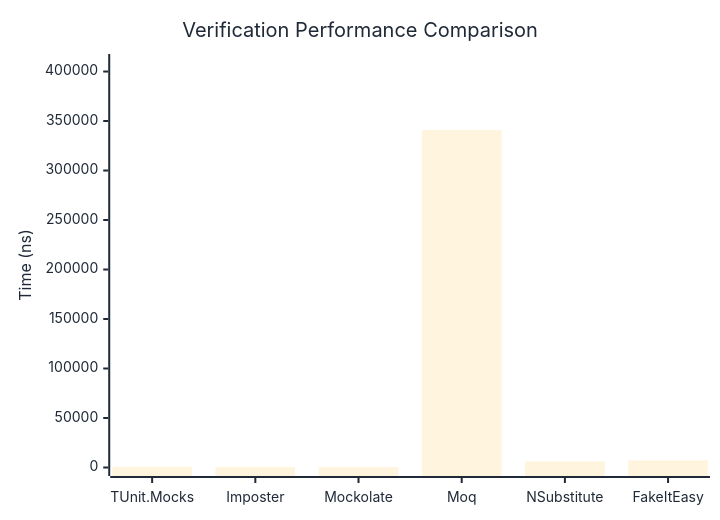
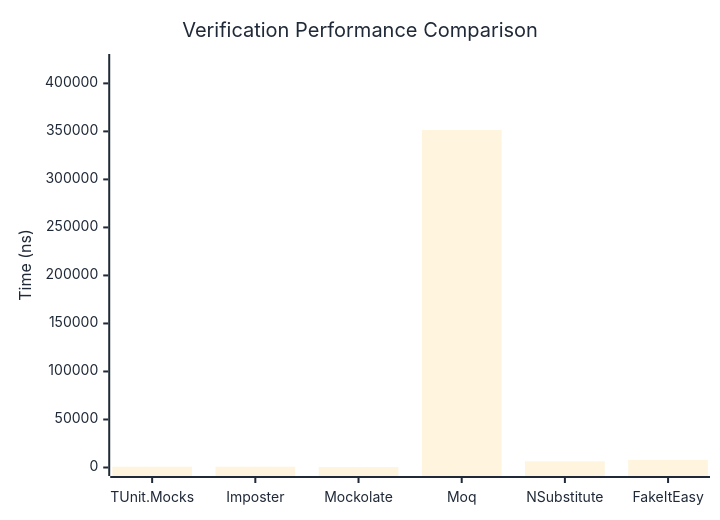
One commit to thomhurst/TUnit changed the first of 3 diagrams in docs/docs/benchmarks/mocks/Verification.md. Above: the diagram before and after it, drawn with Mermaid. The commit also changed other lines of this file and 14 other files, not shown here.

````diff
--- a/docs/docs/benchmarks/mocks/Verification.md
+++ b/docs/docs/benchmarks/mocks/Verification.md
@@ -28,27 +28,27 @@
 ```mermaid
 %%{init: {
   'theme':'base',
   'themeVariables': {
     'primaryColor': '#2563eb',
     'primaryTextColor': '#1f2937',
     'primaryBorderColor': '#1e40af',
     'lineColor': '#6b7280',
     'secondaryColor': '#7c3aed',
     'tertiaryColor': '#dc2626',
     'background': '#ffffff',
     'pie1': '#2563eb',
     'pie2': '#7c3aed',
     'pie3': '#dc2626',
     'pie4': '#f59e0b',
     'pie5': '#10b981',
     'pie6': '#06b6d4',
     'pie7': '#ec4899',
     'pie8': '#6366f1'
   }
 }}%%
 xychart-beta
   title "Verification Performance Comparison"
   x-axis ["TUnit.Mocks", "Imposter", "Mockolate", "Moq", "NSubstitute", "FakeItEasy"]
-  y-axis "Time (ns)" 0 --> 409118
-  bar [670.78, 660.06, 391.26, 340931.18, 6154.22, 7082.79]
+  y-axis "Time (ns)" 0 --> 421734
+  bar [842.43, 806.27, 458.82, 351444.97, 6440.6, 7936.44]
 ```
````
